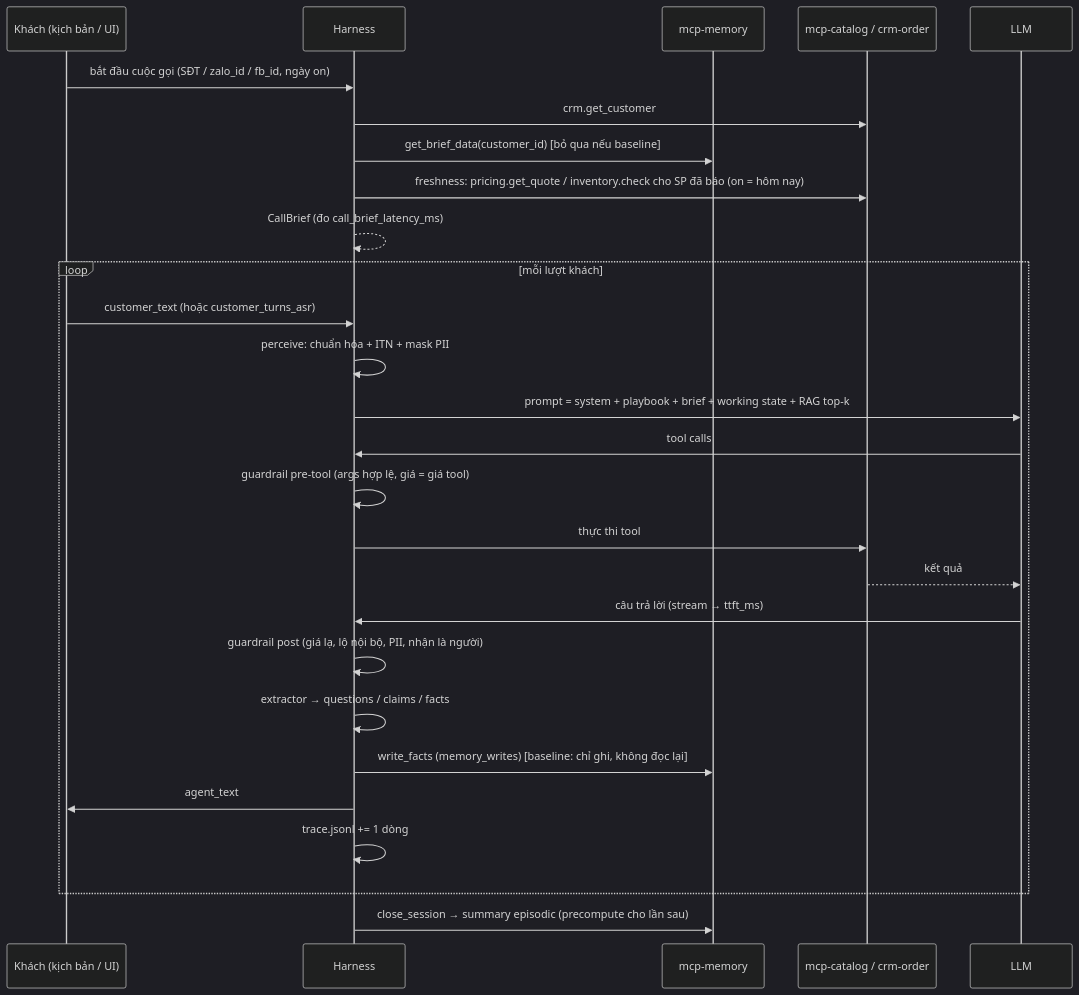
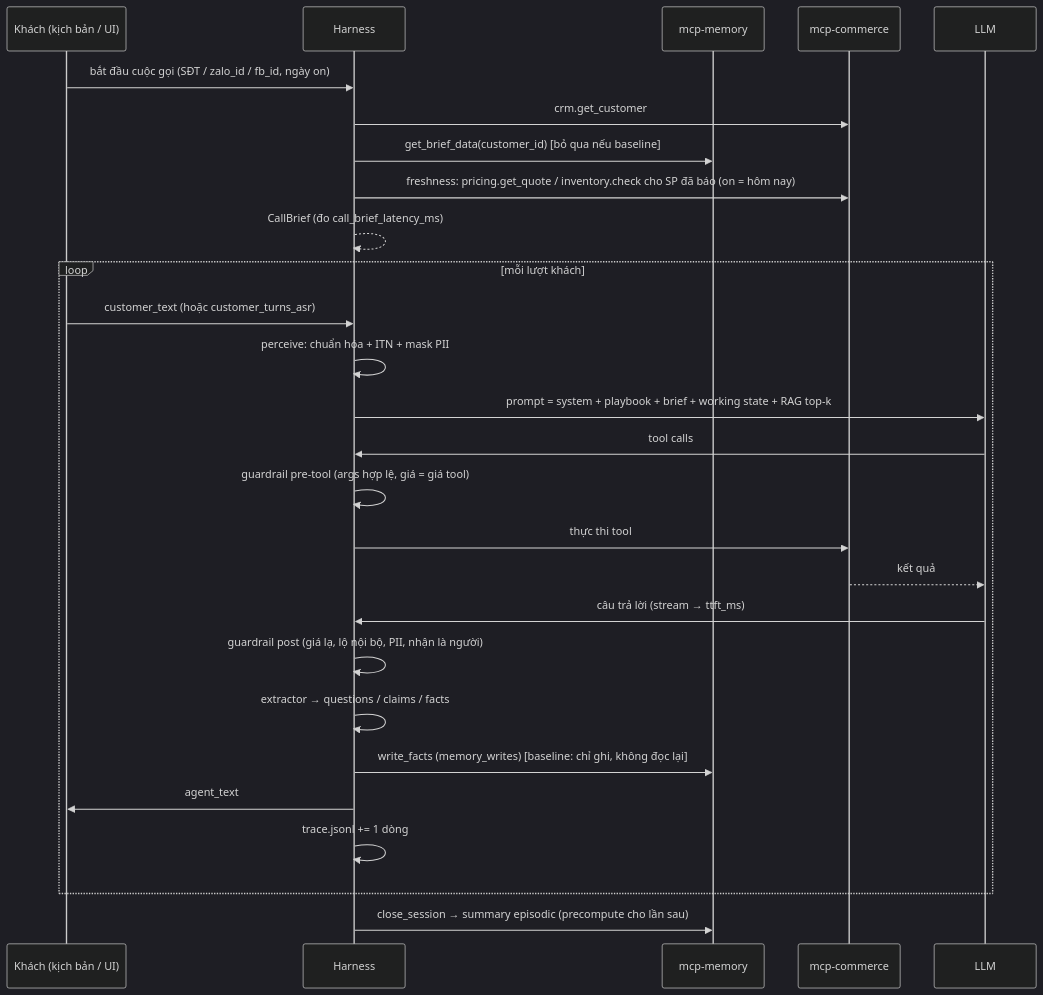
One commit to buidong941-ship-it/SUDOCODE_task changed the second of 2 diagrams in docs/ARCHITECTURE.md. Above: the diagram before and after it, drawn with Mermaid (dark theme). The commit also changed other lines of this file and 4 other files, not shown here.

````diff
--- a/docs/ARCHITECTURE.md
+++ b/docs/ARCHITECTURE.md
@@ -227,29 +228,29 @@
 ```mermaid
 sequenceDiagram
   participant K as Khách (kịch bản / UI)
   participant H as Harness
   participant M as mcp-memory
-  participant C as mcp-catalog / crm-order
+  participant C as mcp-commerce
   participant L as LLM
   K->>H: bắt đầu cuộc gọi (SĐT / zalo_id / fb_id, ngày on)
   H->>C: crm.get_customer
   H->>M: get_brief_data(customer_id)   [bỏ qua nếu baseline]
   H->>C: freshness: pricing.get_quote / inventory.check cho SP đã báo (on = hôm nay)
   H-->>H: CallBrief (đo call_brief_latency_ms)
   loop mỗi lượt khách
     K->>H: customer_text (hoặc customer_turns_asr)
     H->>H: perceive: chuẩn hóa + ITN + mask PII
     H->>L: prompt = system + playbook + brief + working state + RAG top-k
     L->>H: tool calls
     H->>H: guardrail pre-tool (args hợp lệ, giá = giá tool)
     H->>C: thực thi tool
     C-->>L: kết quả
     L->>H: câu trả lời (stream → ttft_ms)
     H->>H: guardrail post (giá lạ, lộ nội bộ, PII, nhận là người)
     H->>H: extractor → questions / claims / facts
     H->>M: write_facts (memory_writes)   [baseline: chỉ ghi, không đọc lại]
     H->>K: agent_text
     H->>H: trace.jsonl += 1 dòng
   end
   H->>M: close_session → summary episodic (precompute cho lần sau)
 ```
````
